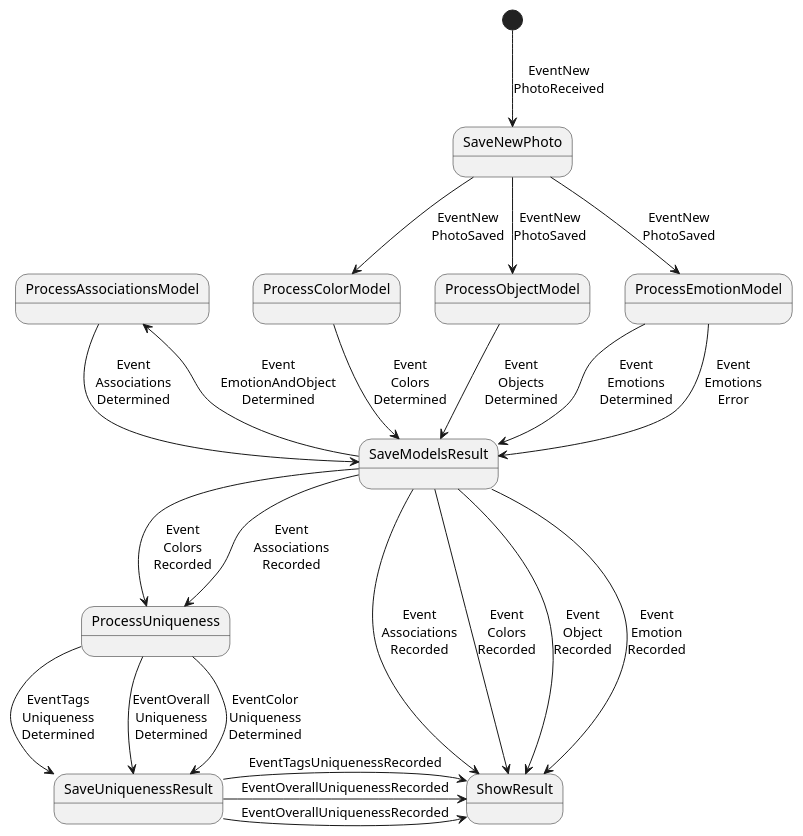
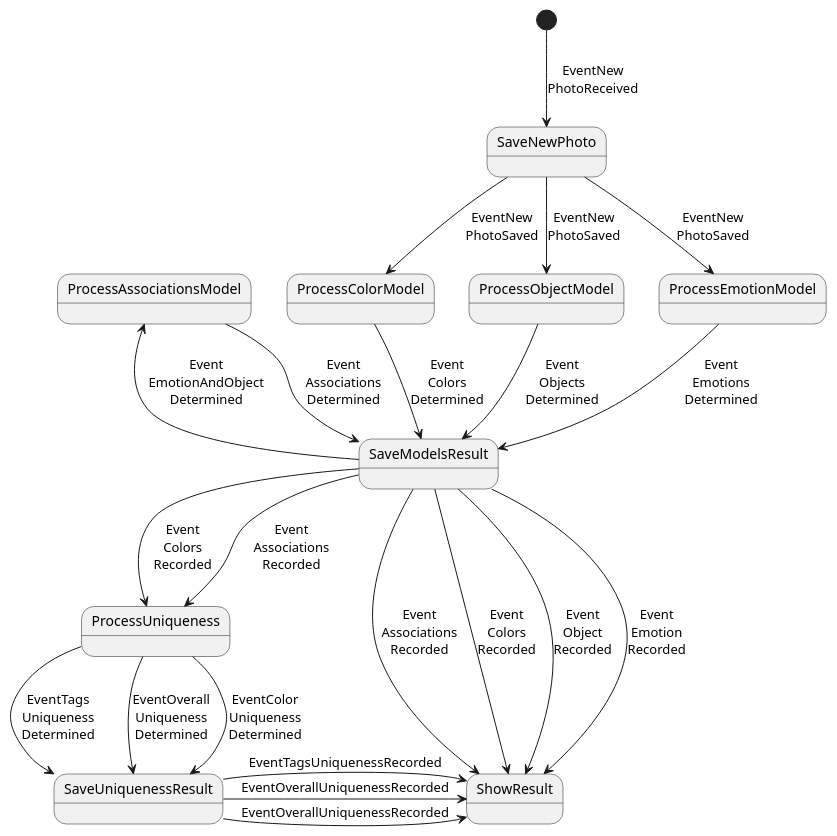
The diagram in system_send_event_diagram.puml (TourmalineCore/picachu-documentation), drawn with PlantUML before and after one commit. The commit also changed 2 other files, not shown here.

```diff
--- a/system_send_event_diagram.puml
+++ b/system_send_event_diagram.puml
@@ -1,32 +1,31 @@
 @startuml
 [*] --> SaveNewPhoto : EventNew\nPhotoReceived
 SaveNewPhoto --> ProcessColorModel: EventNew\nPhotoSaved
 SaveNewPhoto --> ProcessObjectModel : EventNew\nPhotoSaved
 SaveNewPhoto --> ProcessEmotionModel : EventNew\nPhotoSaved
 
 ProcessColorModel --> SaveModelsResult : Event\nColors\nDetermined
 ProcessObjectModel --> SaveModelsResult : Event\nObjects\nDetermined
 ProcessEmotionModel --> SaveModelsResult : Event\nEmotions\nDetermined
-ProcessEmotionModel --> SaveModelsResult : Event\nEmotions\nError
 
 SaveModelsResult --> ProcessAssociationsModel : Event\nEmotionAndObject\nDetermined
 SaveModelsResult --> ProcessUniqueness : Event\nColors\nRecorded
 SaveModelsResult --> ProcessUniqueness : Event\nAssociations\nRecorded
 
 
 ProcessAssociationsModel -right-> SaveModelsResult : Event\nAssociations\nDetermined
 
 ProcessUniqueness --> SaveUniquenessResult : EventColor\nUniqueness\nDetermined
 ProcessUniqueness --> SaveUniquenessResult : EventTags\nUniqueness\nDetermined
 ProcessUniqueness --> SaveUniquenessResult : EventOverall\nUniqueness\nDetermined
 
 SaveModelsResult -down-> ShowResult : Event\nColors\nRecorded
 SaveModelsResult -down-> ShowResult : Event\nObject\nRecorded
 SaveModelsResult -down-> ShowResult : Event\nEmotion\nRecorded
 SaveModelsResult -down-> ShowResult : Event\nAssociations\nRecorded
 SaveUniquenessResult -right-> ShowResult : EventOverallUniquenessRecorded
 SaveUniquenessResult -right-> ShowResult : EventTagsUniquenessRecorded
 SaveUniquenessResult -right-> ShowResult : EventOverallUniquenessRecorded
 
 
 @enduml
```
